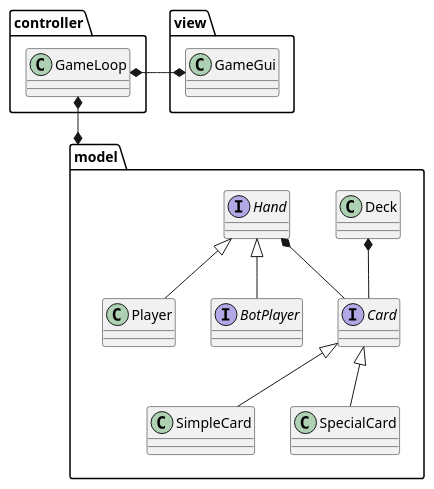
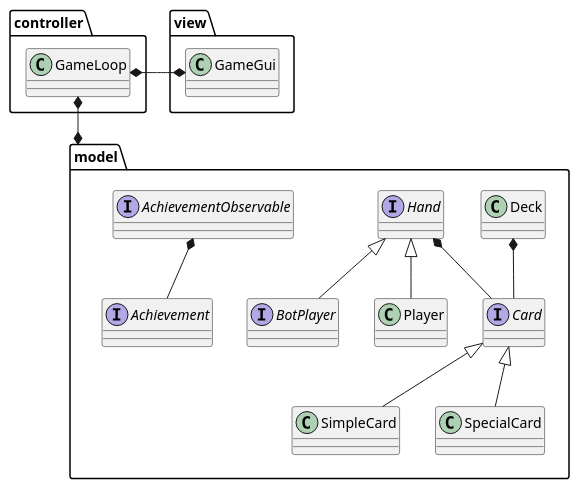
Before and after one commit to CrazyPingu/PPS-23-Uno: the diagram in docs/uml/src/designArchitetturale.plantuml, drawn with PlantUML. The commit also changed 2 other files, not shown here.

Commit message:
Add achievements on architectural design

```diff
--- a/docs/uml/src/designArchitetturale.plantuml
+++ b/docs/uml/src/designArchitetturale.plantuml
@@ -1,41 +1,45 @@
-@startuml
+@startuml design_high_level
 
 package model {
     interface Card
 
     Class SimpleCard extends Card
 
     Class SpecialCard extends Card
 
     Class Deck
 
     interface Hand
 
     Class Player extends Hand
 
     interface BotPlayer extends Hand
 
+    interface Achievement
+
+    interface AchievementObservable
+
 }
 
 package controller {
     class GameLoop
 }
 
 package view {
     class GameGui
 }
 
 model.Deck *-- model.Card
 model.Hand *-- model.Card
-
+model.AchievementObservable *-- model.Achievement
 
 view.GameGui *-left-* controller.GameLoop
 
 'controller.GameController *-u- model.Deck
 'model.Player *-u-* controller.GameController
 'model.BotPlayer *-u-* controller.GameController
 
 model *-u-* controller.GameLoop
 
 
 @enduml
```
